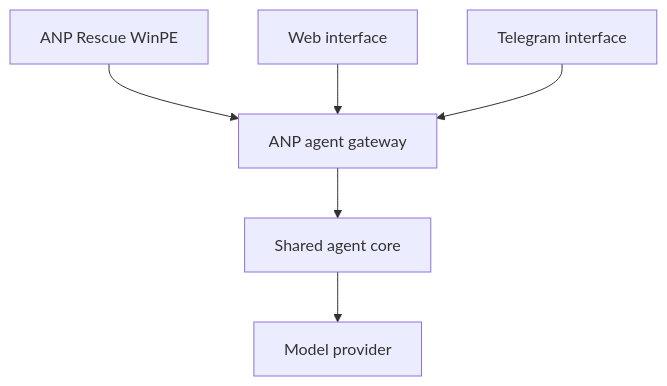
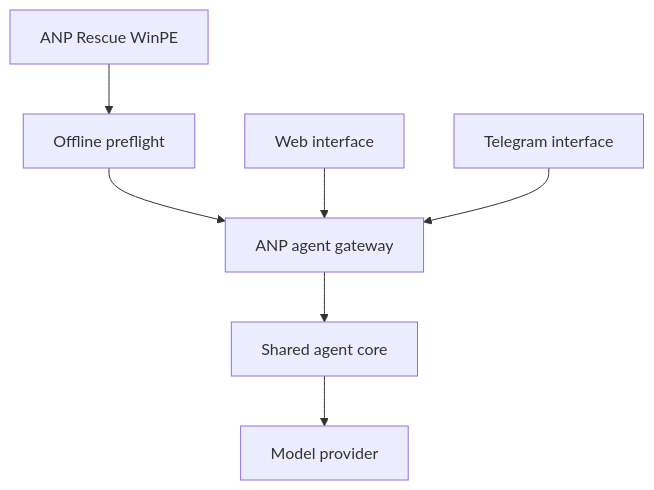
The diagram in docs/architecture.md (effexorxruser/EffexorWinPE), drawn with Mermaid before and after one commit. The commit also changed other lines of this file and 15 other files, not shown here.

Commit message:
Add diagnostic agent preflight

````diff
--- a/docs/architecture.md
+++ b/docs/architecture.md
@@ -7,8 +7,9 @@
 ```mermaid
 flowchart TD
-    PE["ANP Rescue WinPE"] --> GW["ANP agent gateway"]
+    PE["ANP Rescue WinPE"] --> PRE["Offline preflight"]
+    PRE --> GW["ANP agent gateway"]
     WEB["Web interface"] --> GW
     TG["Telegram interface"] --> GW
     GW --> CORE["Shared agent core"]
     CORE --> LLM["Model provider"]
 ```
````
